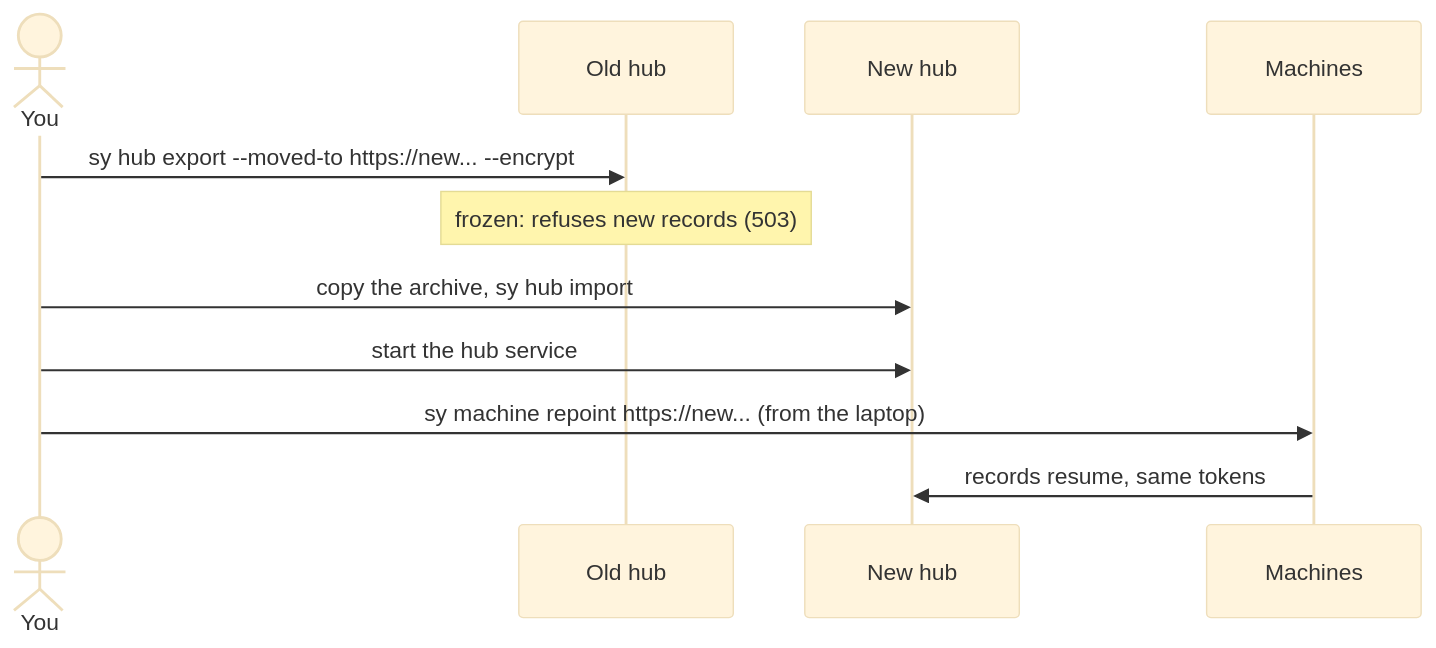
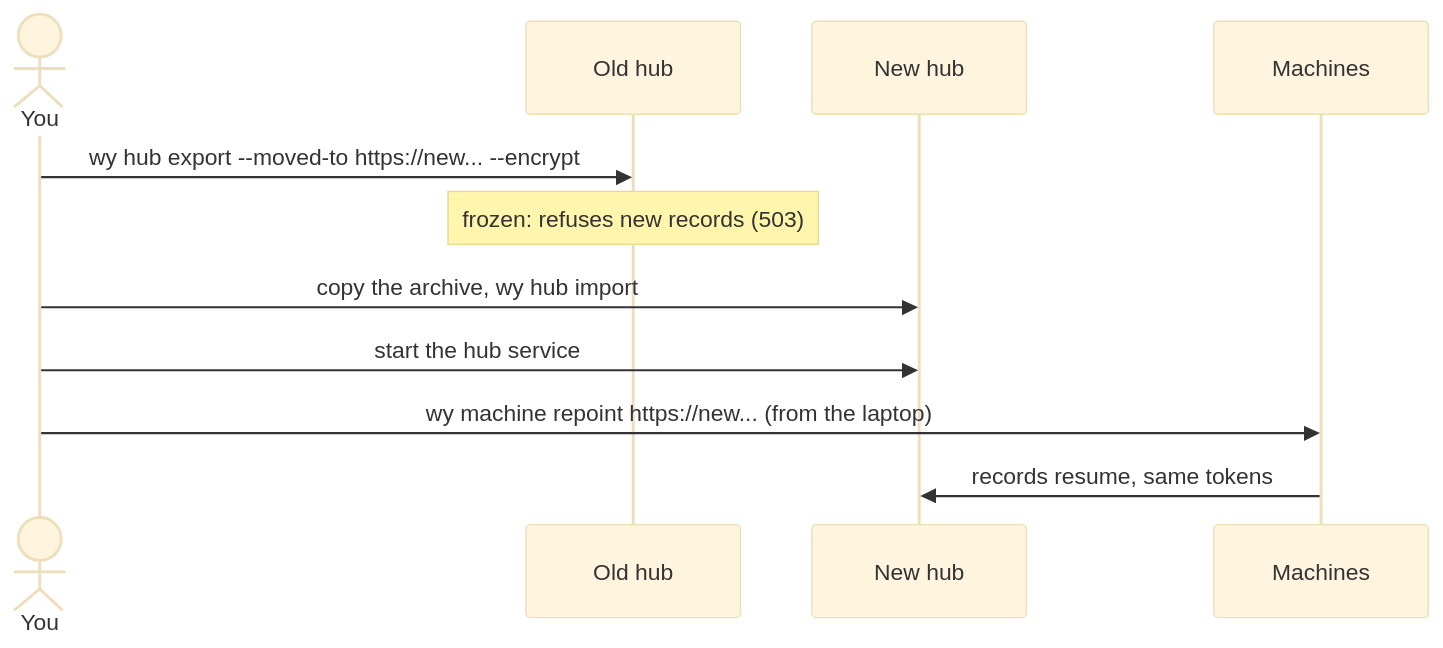
The diagram in docs/guide/maintenance.md (mraj602/switchyard), drawn with Mermaid (base theme) before and after one commit. The commit also changed other lines of this file and 1273 other files, not shown here.

````diff
--- a/docs/guide/maintenance.md
+++ b/docs/guide/maintenance.md
@@ -147,13 +147,13 @@
 ```mermaid
 sequenceDiagram
     actor You
     participant Old as Old hub
     participant New as New hub
     participant M as Machines
-    You->>Old: sy hub export --moved-to https://new... --encrypt
+    You->>Old: wy hub export --moved-to https://new... --encrypt
     Note over Old: frozen: refuses new records (503)
-    You->>New: copy the archive, sy hub import
+    You->>New: copy the archive, wy hub import
     You->>New: start the hub service
-    You->>M: sy machine repoint https://new... (from the laptop)
+    You->>M: wy machine repoint https://new... (from the laptop)
     M->>New: records resume, same tokens
 ```
````
